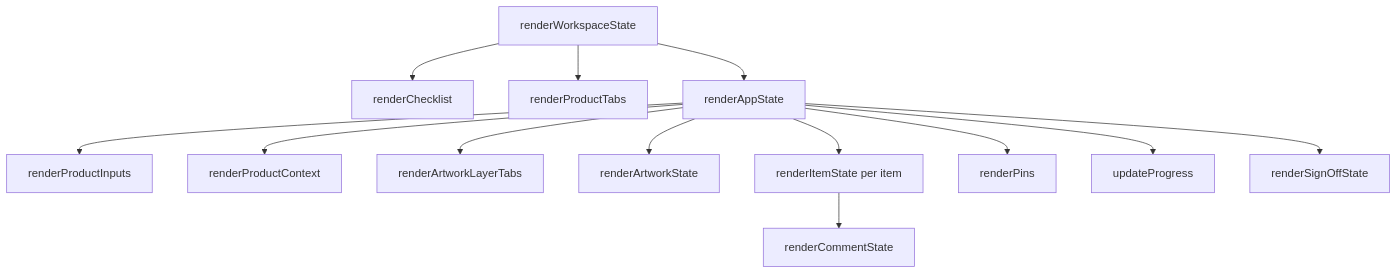
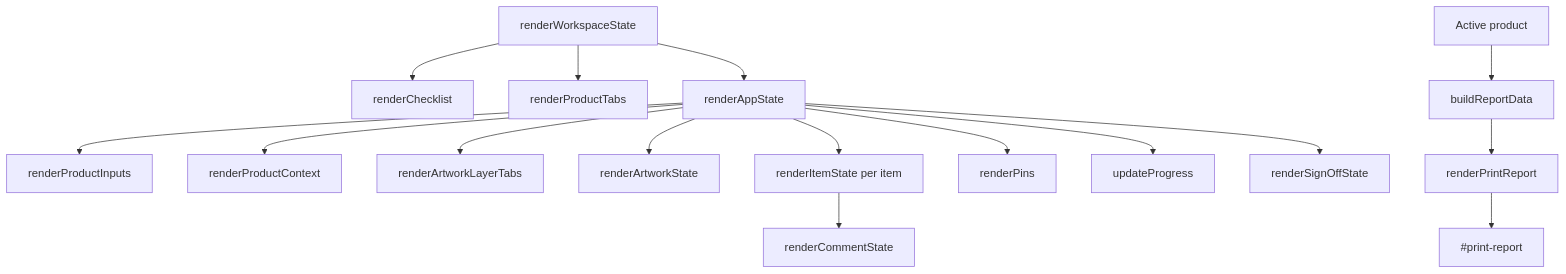
Before and after one commit to samantharissicy/artwork-checklist: the diagram in docs/architecture/rendering-model.md, drawn with Mermaid. The commit also changed other lines of this file and 33 other files, not shown here.

Commit message:
feat: implement state-derived print report system and establish architectural documentation suite

````diff
--- a/docs/architecture/rendering-model.md
+++ b/docs/architecture/rendering-model.md
@@ -15,15 +15,18 @@
 ```mermaid
 flowchart TD
   RenderWorkspace[renderWorkspaceState] --> RenderChecklist[renderChecklist]
   RenderWorkspace --> RenderTabs[renderProductTabs]
   RenderWorkspace --> RenderApp[renderAppState]
   RenderApp --> RenderInputs[renderProductInputs]
   RenderApp --> RenderCtx[renderProductContext]
   RenderApp --> RenderLayerTabs[renderArtworkLayerTabs]
   RenderApp --> RenderArtwork[renderArtworkState]
   RenderApp --> RenderItem[renderItemState per item]
   RenderApp --> RenderPins[renderPins]
   RenderApp --> UpdateProgress[updateProgress]
   RenderApp --> RenderSignOff[renderSignOffState]
   RenderItem --> RenderComment[renderCommentState]
+  ProductState[Active product] --> BuildReport[buildReportData]
+  BuildReport --> RenderPrint[renderPrintReport]
+  RenderPrint --> PrintDOM[#print-report]
 ```
````
